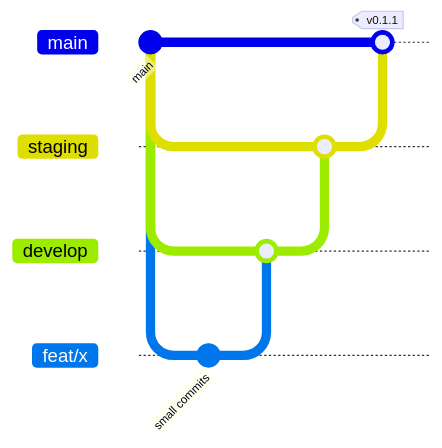
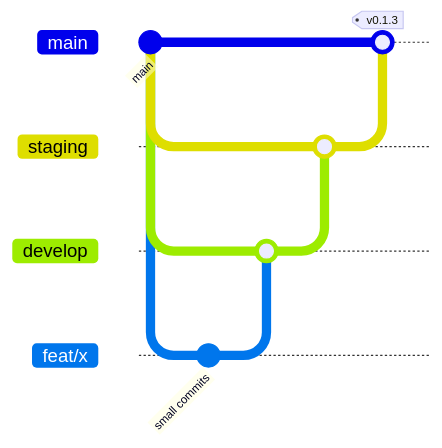
Before and after one commit to dexterhere/kvlm: the fifth of 5 diagrams in README.md, drawn with Mermaid. The commit also changed other lines of this file and 1 other file, not shown here.

````diff
--- a/README.md
+++ b/README.md
@@ -198,14 +198,14 @@
 ```mermaid
 gitGraph
     commit id: "main"
     branch staging
     branch develop
     branch feat/x
     commit id: "small commits"
     checkout develop
     merge feat/x
     checkout staging
     merge develop
     checkout main
-    merge staging tag: "v0.1.1"
+    merge staging tag: "v0.1.3"
 ```
````
